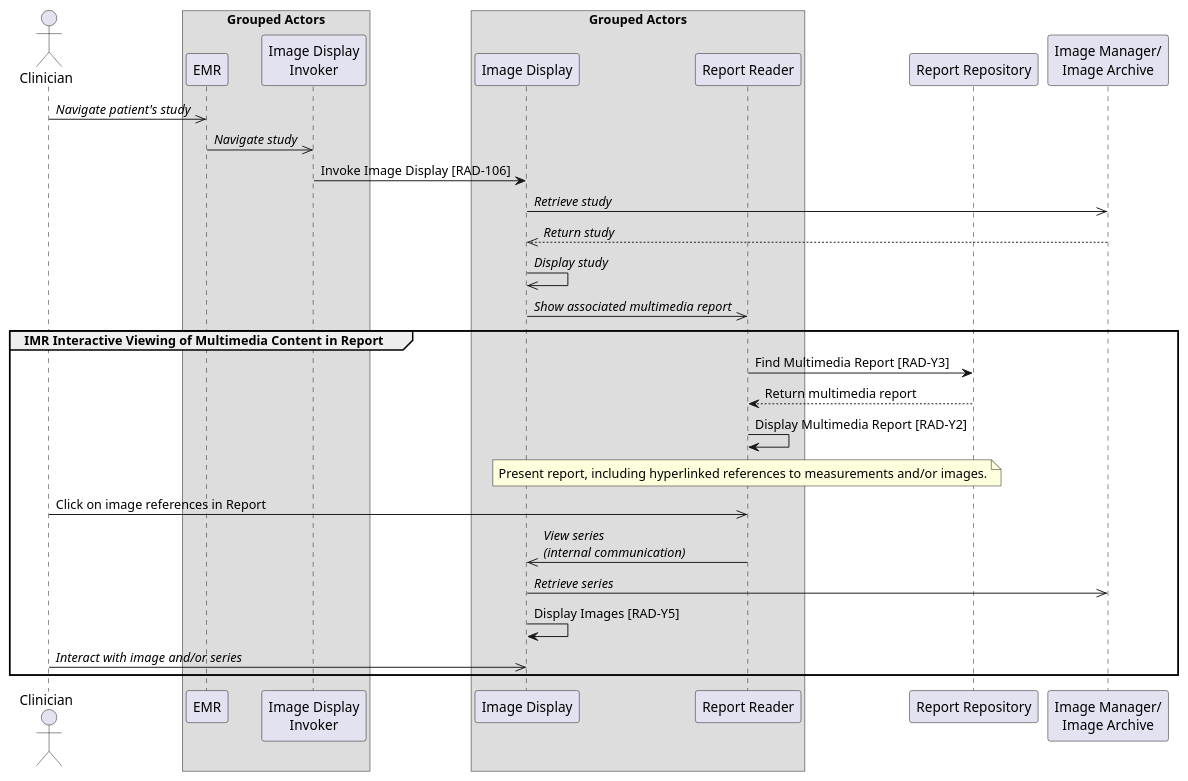
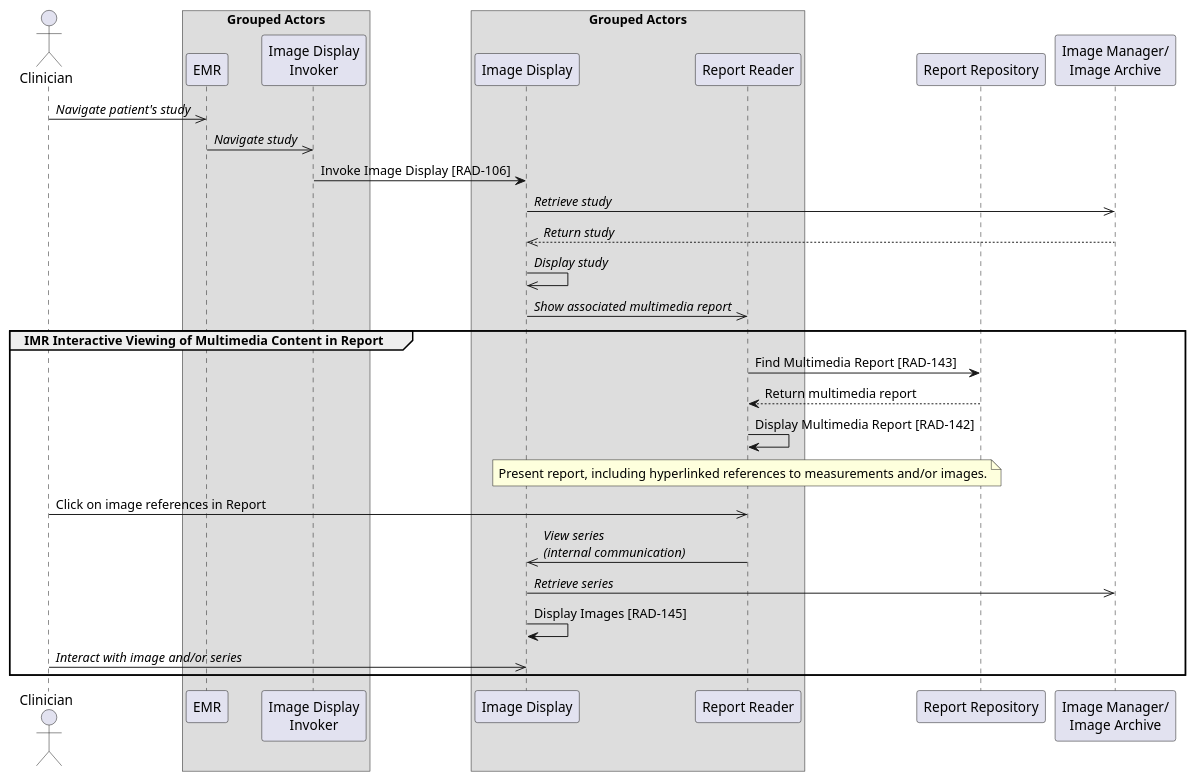
The diagram in input/images-source/uc3b-presenting-interactive-report-EMR-use-IID.plantuml (IHE/RAD.IMR), drawn with PlantUML before and after one commit. The commit also changed 21 other files, not shown here.

```diff
--- a/input/images-source/uc3b-presenting-interactive-report-EMR-use-IID.plantuml
+++ b/input/images-source/uc3b-presenting-interactive-report-EMR-use-IID.plantuml
@@ -1,44 +1,44 @@
 @startuml
 
 actor Clinician as Clinician
 
 box Grouped Actors
 participant "EMR" as EMR
 participant "Image Display\nInvoker" as Invoker
 end box
 
 box Grouped Actors
 participant "Image Display" as Display
 participant "Report Reader" as Reader
 end box
 
 participant "Report Repository" as Repo
 participant "Image Manager/\nImage Archive" as Archive
 
 Clinician->>EMR: //Navigate patient's study//
 EMR->>Invoker: //Navigate study//
 
 Invoker->Display: Invoke Image Display [RAD-106]
 Display->>Archive: //Retrieve study//
 Archive-->>Display: //Return study//
 Display->>Display: //Display study//
 Display->>Reader: //Show associated multimedia report//
 
 group IMR Interactive Viewing of Multimedia Content in Report
-Reader->Repo: Find Multimedia Report [RAD-Y3]
+Reader->Repo: Find Multimedia Report [RAD-143]
 Repo-->Reader: Return multimedia report
-Reader->Reader: Display Multimedia Report [RAD-Y2]
+Reader->Reader: Display Multimedia Report [RAD-142]
 
 note over Reader
 Present report, including hyperlinked references to measurements and/or images.
 end note
 
 Clinician->>Reader: Click on image references in Report
 Reader->>Display: //View series//\n//(internal communication)//
 Display->>Archive: //Retrieve series//
-Display->Display: Display Images [RAD-Y5]
+Display->Display: Display Images [RAD-145]
 
 Clinician->>Display: //Interact with image and/or series//
 end
 
 @enduml
```
